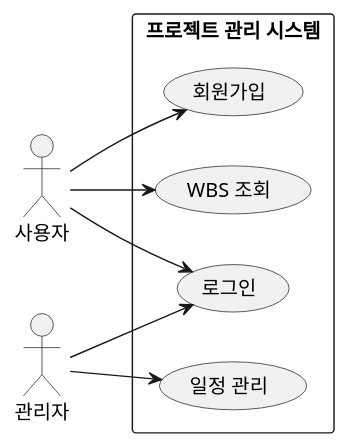
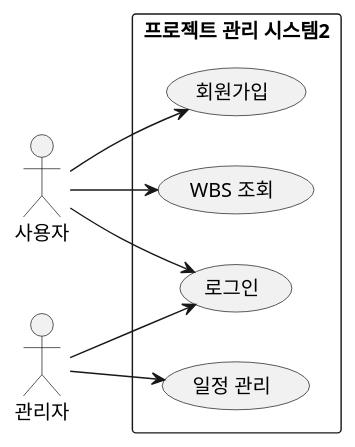
One commit to ghdrb1246/Project_Automation changed the diagram in docs/diagrams/UCD.puml. Above: the diagram before and after it, drawn with PlantUML.

Commit message:
test: 테스트 UCD puml를 작성

```diff
--- a/docs/diagrams/UCD.puml
+++ b/docs/diagrams/UCD.puml
@@ -1,18 +1,18 @@
 @startuml
 left to right direction
 actor 사용자 as User
 actor "관리자" as Admin
 
-rectangle "프로젝트 관리 시스템" {
+rectangle "프로젝트 관리 시스템2" {
   usecase "회원가입" as UC1
   usecase "로그인" as UC2
   usecase "WBS 조회" as UC3
   usecase "일정 관리" as UC4
 }
 
 User --> UC1
 User --> UC2
 User --> UC3
 Admin --> UC2
 Admin --> UC4
 @enduml
```
